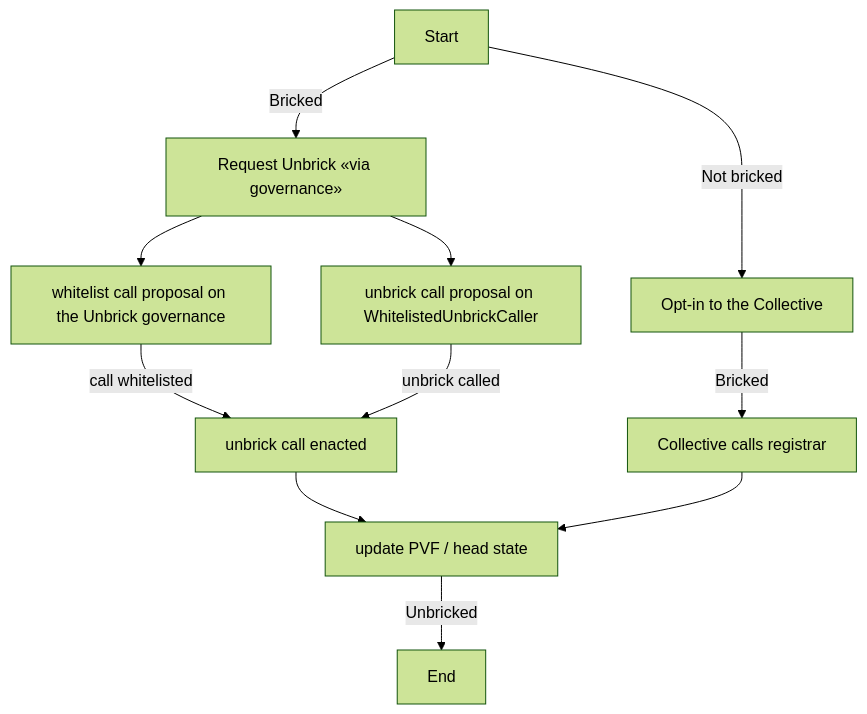
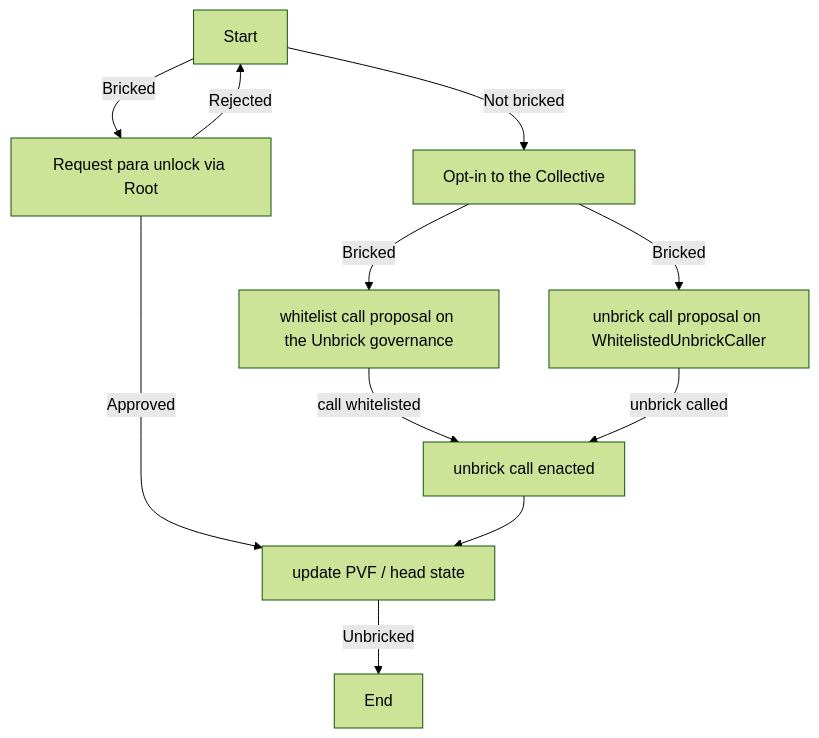
One commit to polkadot-fellows/RFCs changed the diagram in text/0117-unbrick-collective.md. Above: the diagram before and after it, drawn with Mermaid (forest theme). The commit also changed other lines of this file, not shown here.

Commit message:
change(unbrick-collective): address suggestions

````diff
--- a/text/0117-unbrick-collective.md
+++ b/text/0117-unbrick-collective.md
@@ -64,17 +68,20 @@
 ```mermaid
 flowchart TD
     A[Start] 
+
+    A -- Bricked --> C[Request para unlock via Root]
+    C -- Approved --> Y
+    C -- Rejected --> A
     
-    A -- Bricked --> C[Request Unbrick «via governance»]
-    C --> D[unbrick call proposal on WhitelistedUnbrickCaller]
-    C --> E[whitelist call proposal on the Unbrick governance]
+    D[unbrick call proposal on WhitelistedUnbrickCaller]
+    E[whitelist call proposal on the Unbrick governance]
     E -- call whitelisted --> F[unbrick call enacted]
     D -- unbrick called --> F
     F --> Y
 
     A -- Not bricked --> O[Opt-in to the Collective]
-    O -- Bricked --> P[Collective calls registrar]
-    P --> Y
-    
+    O -- Bricked --> D
+    O -- Bricked --> E
+
     Y[update PVF / head state] -- Unbricked --> Z[End]
 ```
````
